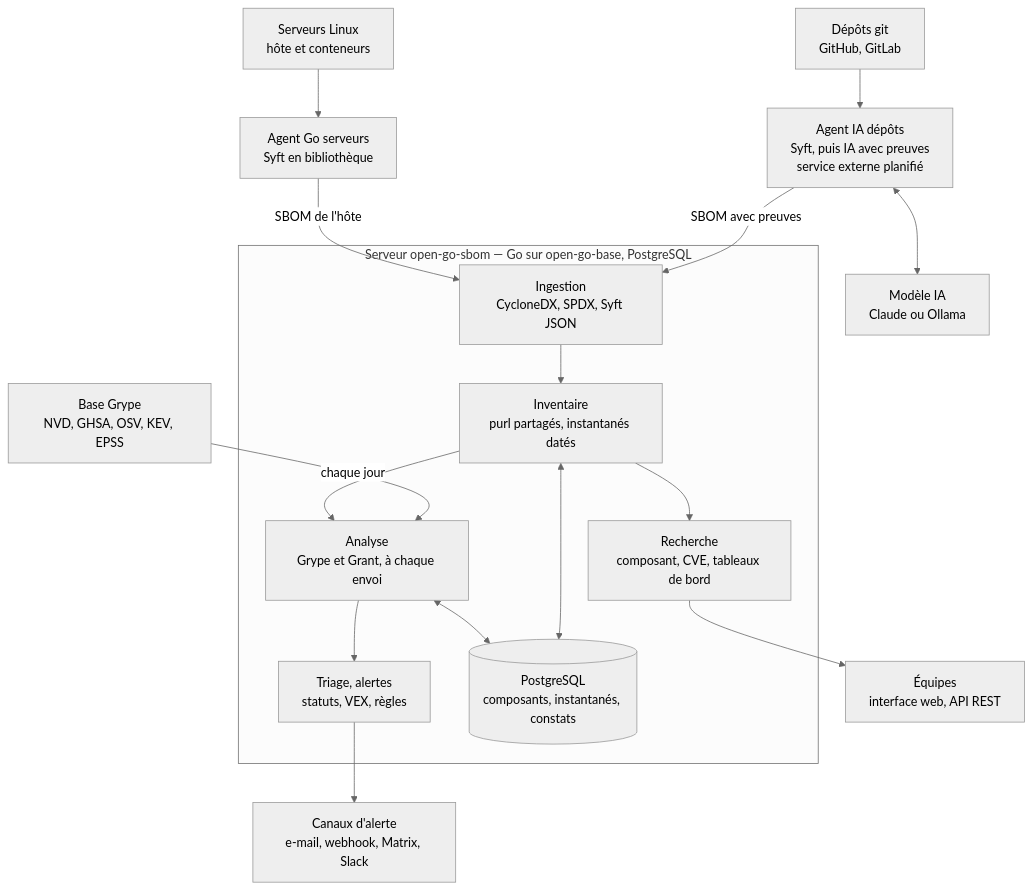
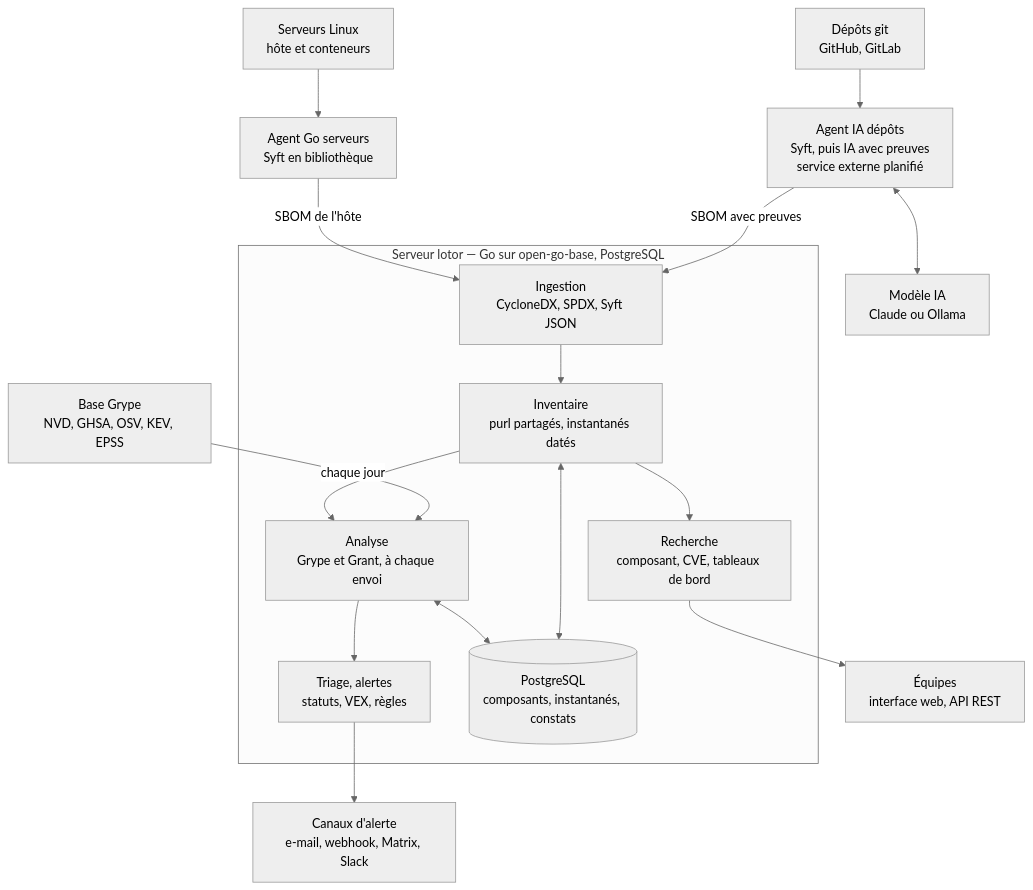
One commit to leblanc-simon/open-go-sbom changed the diagram in docs/cahier-des-charges.md. Above: the diagram before and after it, drawn with Mermaid (neutral theme). The commit also changed other lines of this file and 351 other files, not shown here.

````diff
--- a/docs/cahier-des-charges.md
+++ b/docs/cahier-des-charges.md
@@ -75,33 +75,33 @@
 ```mermaid
 flowchart TB
     repos["Dépôts git<br/>GitHub, GitLab"]
     servers["Serveurs Linux<br/>hôte et conteneurs"]
     model["Modèle IA<br/>Claude ou Ollama"]
     agentAI["Agent IA dépôts<br/>Syft, puis IA avec preuves<br/>service externe planifié"]
     agentGo["Agent Go serveurs<br/>Syft en bibliothèque"]
     grypeDB["Base Grype<br/>NVD, GHSA, OSV, KEV, EPSS"]
     teams["Équipes<br/>interface web, API REST"]
     alerts["Canaux d'alerte<br/>e-mail, webhook, Matrix, Slack"]
 
-    subgraph server["Serveur open-go-sbom — Go sur open-go-base, PostgreSQL"]
+    subgraph server["Serveur lotor — Go sur open-go-base, PostgreSQL"]
         ingestion["Ingestion<br/>CycloneDX, SPDX, Syft JSON"]
         inventory["Inventaire<br/>purl partagés, instantanés datés"]
         analysis["Analyse<br/>Grype et Grant, à chaque envoi"]
         triage["Triage, alertes<br/>statuts, VEX, règles"]
         search["Recherche<br/>composant, CVE, tableaux de bord"]
         pg[("PostgreSQL<br/>composants, instantanés, constats")]
     end
 
     repos --> agentAI
     servers --> agentGo
     agentAI <--> model
     agentAI -- "SBOM avec preuves" --> ingestion
     agentGo -- "SBOM de l'hôte" --> ingestion
     grypeDB -- "chaque jour" --> analysis
     ingestion --> inventory --> analysis --> triage
     inventory --> search
     inventory <--> pg
     analysis <--> pg
     search --> teams
     triage --> alerts
 ```
````
